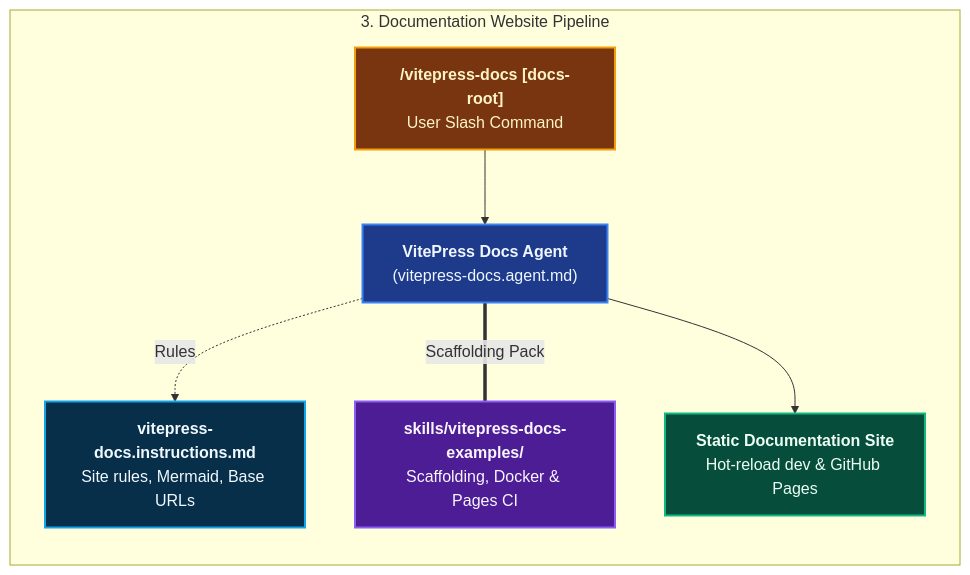
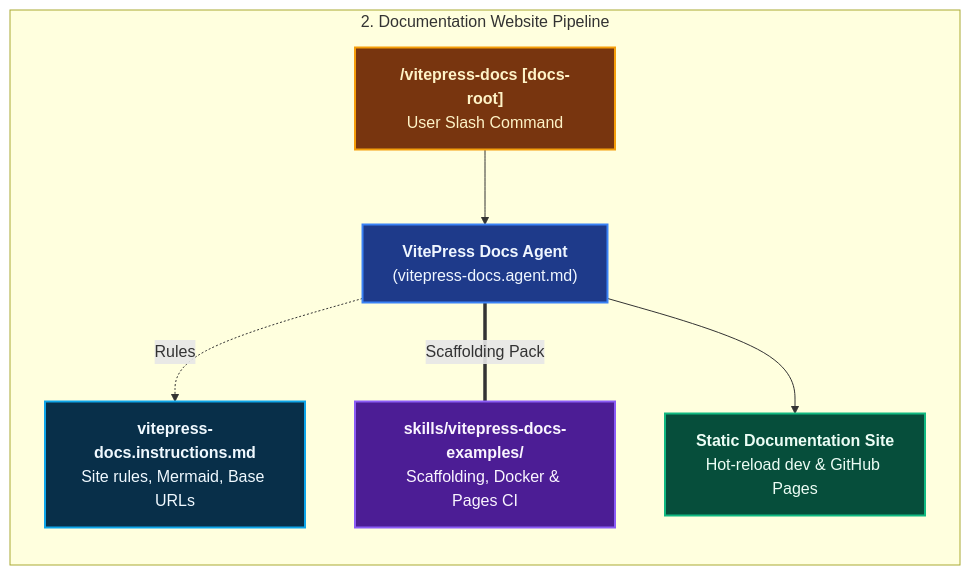
Before and after one commit to ALTEN-group/coding-pal: the second of 2 diagrams in website/docs/guide/domain-docs.md, drawn with Mermaid. The commit also changed other lines of this file and 8 other files, not shown here.

````diff
--- a/website/docs/guide/domain-docs.md
+++ b/website/docs/guide/domain-docs.md
@@ -85,31 +43,31 @@
 ```mermaid
 ---
 caption: Documentation Website Pipeline (vitepress-docs)
 ---
 flowchart TD
-    subgraph DocsTrack ["3. Documentation Website Pipeline"]
+    subgraph DocsTrack ["2. Documentation Website Pipeline"]
         direction TB
         P_DOCS["<b>/vitepress-docs [docs-root]</b><br/>User Slash Command"]
         AG_DOCS["<b>VitePress Docs Agent</b><br/>(vitepress-docs.agent.md)"]
         INST_DOCS["<b>vitepress-docs.instructions.md</b><br/>Site rules, Mermaid, Base URLs"]
         SKILL_DOCS["<b>skills/vitepress-docs-examples/</b><br/>Scaffolding, Docker & Pages CI"]
         SITE_OUT["<b>Static Documentation Site</b><br/>Hot-reload dev & GitHub Pages"]
 
         P_DOCS --> AG_DOCS
         AG_DOCS -.->|Rules| INST_DOCS
         AG_DOCS ===|Scaffolding Pack| SKILL_DOCS
         AG_DOCS --> SITE_OUT
     end
 
     classDef prompt fill:#78350f,stroke:#f59e0b,stroke-width:2px,color:#fef3c7;
     classDef agent fill:#1e3a8a,stroke:#3b82f6,stroke-width:2px,color:#eff6ff;
     classDef instruction fill:#082f49,stroke:#0ea5e9,stroke-width:2px,color:#f0f9ff;
     classDef skill fill:#4c1d95,stroke:#8b5cf6,stroke-width:2px,color:#faf5ff;
     classDef verify fill:#064e3b,stroke:#10b981,stroke-width:2px,color:#ecfdf5;
 
     class P_DOCS prompt;
     class AG_DOCS agent;
     class INST_DOCS instruction;
     class SKILL_DOCS skill;
     class SITE_OUT verify;
 ```
````
